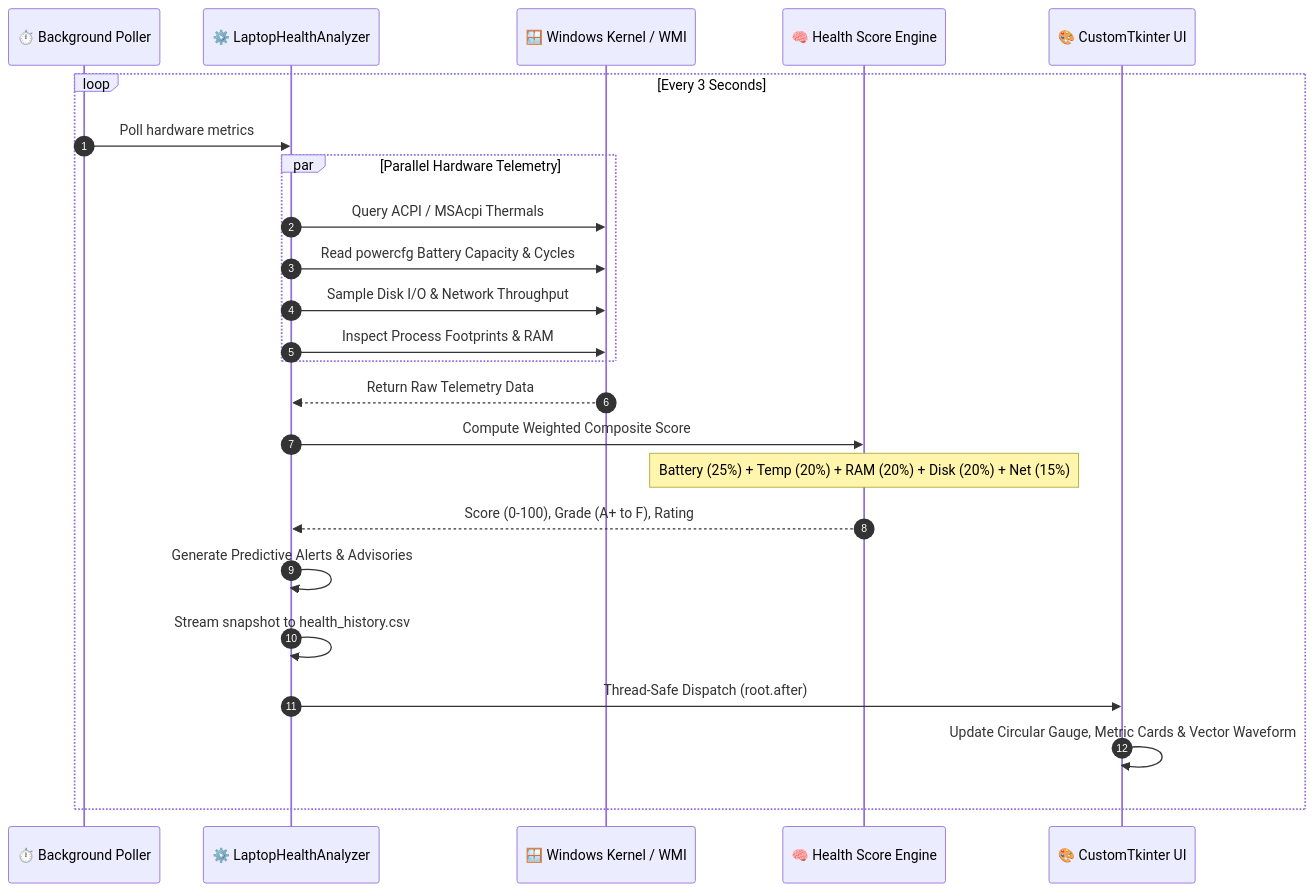
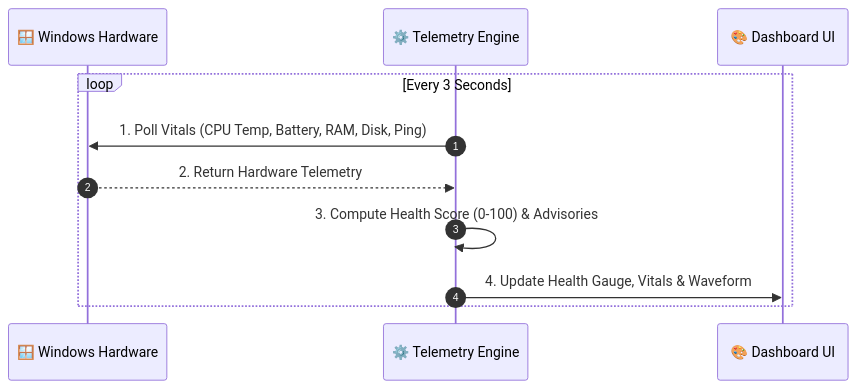
Before and after one commit to kailash6207/MobPulse: the second of 3 diagrams in laptop_health_analyzer/README.md, drawn with Mermaid. The commit also changed other lines of this file and 1 other file, not shown here.

Commit message:
Docs: Simplify architecture and telemetry workflow diagrams

````diff
--- a/laptop_health_analyzer/README.md
+++ b/laptop_health_analyzer/README.md
@@ -81,27 +29,14 @@
 ```mermaid
 sequenceDiagram
     autonumber
-    participant Poller as ⏱️ Background Poller
-    participant Analyzer as ⚙️ LaptopHealthAnalyzer
-    participant Kernel as 🪟 Windows Kernel / WMI
-    participant ScoreEngine as 🧠 Health Score Engine
-    participant GUI as 🎨 CustomTkinter UI
+    participant Kernel as 🪟 Windows Hardware
+    participant Engine as ⚙️ Telemetry Engine
+    participant GUI as 🎨 Dashboard UI
 
     loop Every 3 Seconds
-        Poller->>Analyzer: Poll hardware metrics
-        par Parallel Hardware Telemetry
-            Analyzer->>Kernel: Query ACPI / MSAcpi Thermals
-            Analyzer->>Kernel: Read powercfg Battery Capacity & Cycles
-            Analyzer->>Kernel: Sample Disk I/O & Network Throughput
-            Analyzer->>Kernel: Inspect Process Footprints & RAM
-        end
-        Kernel-->>Analyzer: Return Raw Telemetry Data
-        Analyzer->>ScoreEngine: Compute Weighted Composite Score
-        Note over ScoreEngine: Battery (25%) + Temp (20%) + RAM (20%) + Disk (20%) + Net (15%)
-        ScoreEngine-->>Analyzer: Score (0-100), Grade (A+ to F), Rating
-        Analyzer->>Analyzer: Generate Predictive Alerts & Advisories
-        Analyzer->>Analyzer: Stream snapshot to health_history.csv
-        Analyzer->>GUI: Thread-Safe Dispatch (root.after)
-        GUI->>GUI: Update Circular Gauge, Metric Cards & Vector Waveform
+        Engine->>Kernel: 1. Poll Vitals (CPU Temp, Battery, RAM, Disk, Ping)
+        Kernel-->>Engine: 2. Return Hardware Telemetry
+        Engine->>Engine: 3. Compute Health Score (0-100) & Advisories
+        Engine->>GUI: 4. Update Health Gauge, Vitals & Waveform
     end
 ```
````
